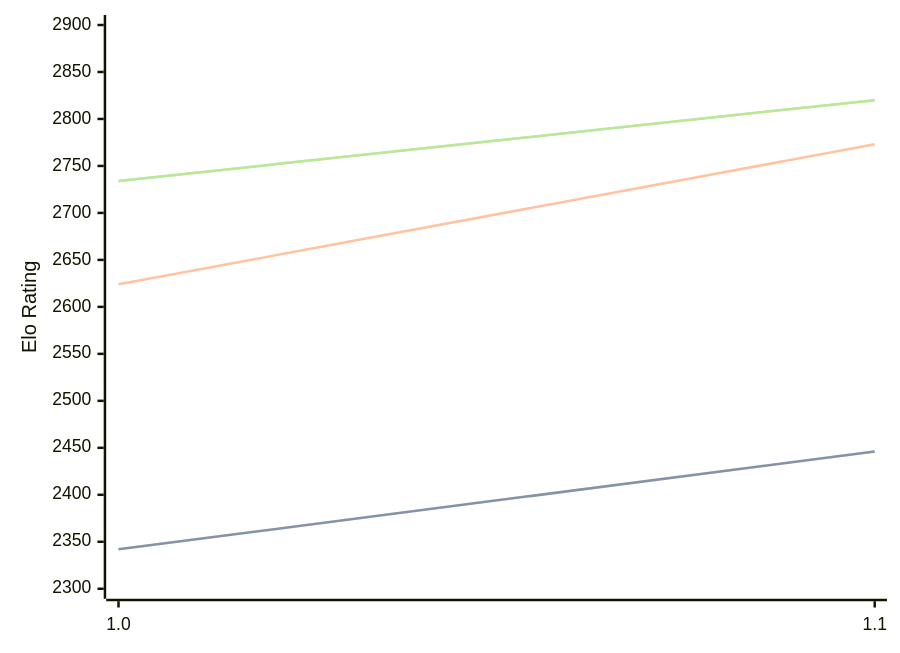
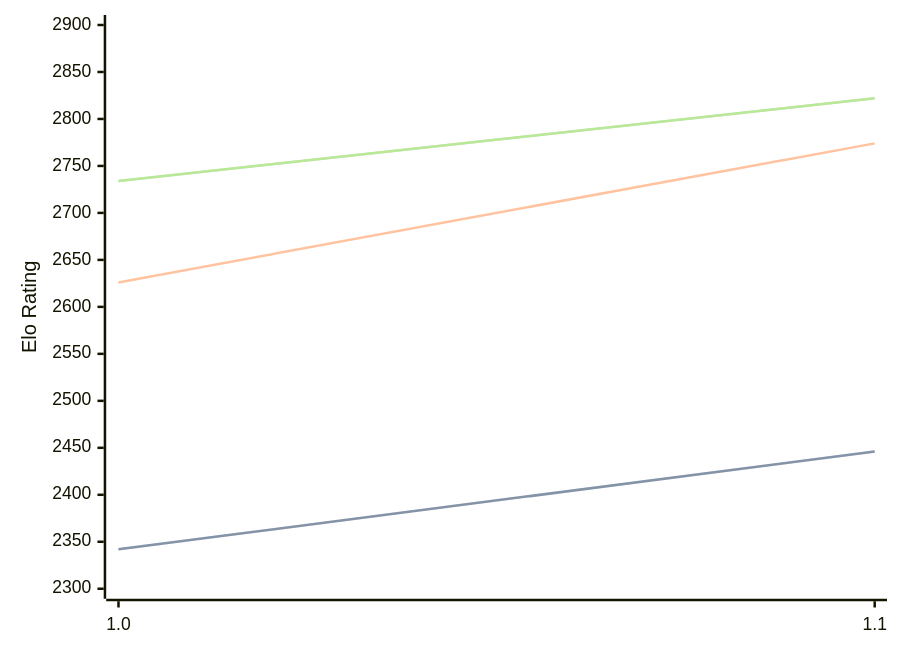
Before and after one commit to computer-chess-index/cci: the diagram in engines/Casanchess.md, drawn with Mermaid. The commit also changed other lines of this file, not shown here.

Commit message:
Update CCI Ratings (ELO VLTC) - 2026-08-27

````diff
--- a/engines/Casanchess.md
+++ b/engines/Casanchess.md
@@ -32,11 +32,11 @@
 ```mermaid
 %%{init: {"theme":"base","themeVariables":{"seriesColors:['#a3a3a3','#222221','#faa371']}}}%%
 xychart-beta
   x-axis ["1.0", "1.1"]
   y-axis "Elo Rating" 2300 --> 2900
   line "STC (8.0+0.08s)" [2342, 2446]
   line "STC (8.0+0.08s)" [2342, 2446]
-  line "LTC (60.0+0.60s)" [2624, 2773]
-  line "VLTC (2m24s+1.12s)" [2734, 2820]
-  line "VLTC (2m24s+1.12s)" [2734, 2820]
+  line "LTC (60.0+0.60s)" [2626, 2774]
+  line "VLTC (2m24s+1.12s)" [2734, 2822]
+  line "VLTC (2m24s+1.12s)" [2734, 2822]
 ```
````
